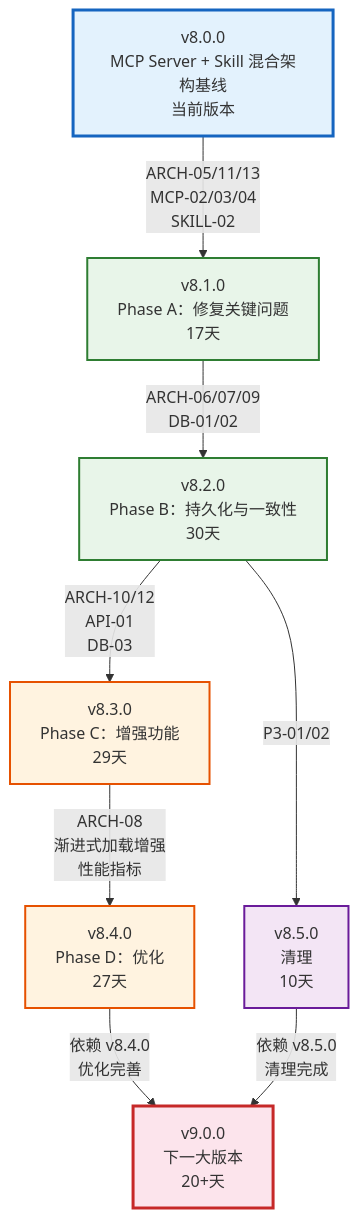
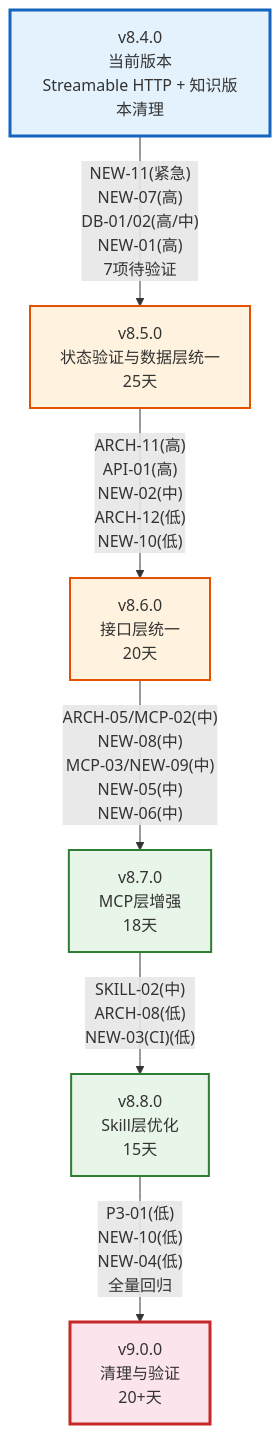
Before and after one commit to xuanyuanchumo/xuansto: the seventh of 8 diagrams in docs/plan/v-l.md, drawn with Mermaid. The commit also changed other lines of this file and 68 other files, not shown here.

````diff
--- a/docs/plan/v-l.md
+++ b/docs/plan/v-l.md
@@ -455,26 +560,22 @@
 ```mermaid
 flowchart TD
-    V800["v8.0.0<br/>MCP Server + Skill 混合架构基线<br/>当前版本"]
-    V810["v8.1.0<br/>Phase A：修复关键问题<br/>17天"]
-    V820["v8.2.0<br/>Phase B：持久化与一致性<br/>30天"]
-    V830["v8.3.0<br/>Phase C：增强功能<br/>29天"]
-    V840["v8.4.0<br/>Phase D：优化<br/>27天"]
-    V850["v8.5.0<br/>清理<br/>10天"]
-    V900["v9.0.0<br/>下一大版本<br/>20+天"]
+    V840["v8.4.0<br/>当前版本<br/>Streamable HTTP + 知识版本清理"]
+    V850["v8.5.0<br/>状态验证与数据层统一<br/>25天"]
+    V860["v8.6.0<br/>接口层统一<br/>20天"]
+    V870["v8.7.0<br/>MCP层增强<br/>18天"]
+    V880["v8.8.0<br/>Skill层优化<br/>15天"]
+    V900["v9.0.0<br/>清理与验证<br/>20+天"]
 
-    V800 -->|"ARCH-05/11/13<br/>MCP-02/03/04<br/>SKILL-02"| V810
-    V810 -->|"ARCH-06/07/09<br/>DB-01/02"| V820
-    V820 -->|"ARCH-10/12<br/>API-01<br/>DB-03"| V830
-    V830 -->|"ARCH-08<br/>渐进式加载增强<br/>性能指标"| V840
-    V820 -->|"P3-01/02"| V850
-    V840 -->|"依赖 v8.4.0<br/>优化完善"| V900
-    V850 -->|"依赖 v8.5.0<br/>清理完成"| V900
+    V840 -->|"NEW-11(紧急)<br/>NEW-07(高)<br/>DB-01/02(高/中)<br/>NEW-01(高)<br/>7项待验证"| V850
+    V850 -->|"ARCH-11(高)<br/>API-01(高)<br/>NEW-02(中)<br/>ARCH-12(低)<br/>NEW-10(低)"| V860
+    V860 -->|"ARCH-05/MCP-02(中)<br/>NEW-08(中)<br/>MCP-03/NEW-09(中)<br/>NEW-05(中)<br/>NEW-06(中)"| V870
+    V870 -->|"SKILL-02(中)<br/>ARCH-08(低)<br/>NEW-03(CI)(低)"| V880
+    V880 -->|"P3-01(低)<br/>NEW-10(低)<br/>NEW-04(低)<br/>全量回归"| V900
 
-    style V800 fill:#e3f2fd,stroke:#1565c0,stroke-width:3px
-    style V810 fill:#e8f5e9,stroke:#2e7d32,stroke-width:2px
-    style V820 fill:#e8f5e9,stroke:#2e7d32,stroke-width:2px
-    style V830 fill:#fff3e0,stroke:#e65100,stroke-width:2px
-    style V840 fill:#fff3e0,stroke:#e65100,stroke-width:2px
-    style V850 fill:#f3e5f5,stroke:#6a1b9a,stroke-width:2px
+    style V840 fill:#e3f2fd,stroke:#1565c0,stroke-width:3px
+    style V850 fill:#fff3e0,stroke:#e65100,stroke-width:2px
+    style V860 fill:#fff3e0,stroke:#e65100,stroke-width:2px
+    style V870 fill:#e8f5e9,stroke:#2e7d32,stroke-width:2px
+    style V880 fill:#e8f5e9,stroke:#2e7d32,stroke-width:2px
     style V900 fill:#fce4ec,stroke:#c62828,stroke-width:3px
 ```
````
